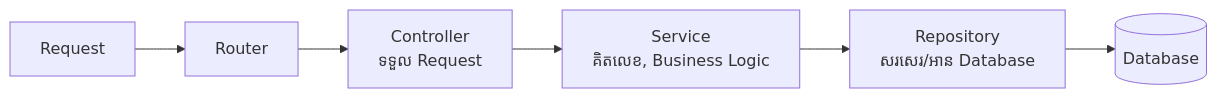
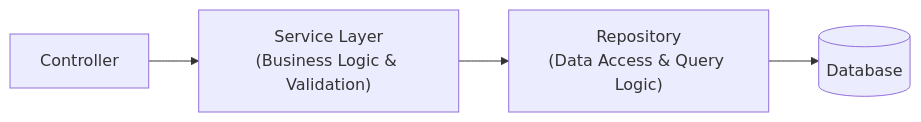
One commit to Ari-ICU/full-stack-short-coures changed the diagram in src/courses/backend/module-4-orm/05-repository-pattern.mdx. Above: the diagram before and after it, drawn with Mermaid. The commit also changed other lines of this file and 47 other files, not shown here.

Commit message:
refactor: rename backend-architecture directory to backend and update path references across all course modules

````diff
--- a/src/courses/backend/module-4-orm/05-repository-pattern.mdx
+++ b/src/courses/backend/module-4-orm/05-repository-pattern.mdx
@@ -13,8 +26,6 @@
 ```mermaid
 graph LR
-    REQ["Request"] --> ROUTE["Router"]
-    ROUTE --> CTRL["Controller <br/>ទទួល Request"]
-    CTRL --> SERV["Service <br/>គិតលេខ, Business Logic"]
-    SERV --> REPO["Repository <br/>សរសេរ/អាន Database"]
+    CTRL["Controller"] --> SRV["Service Layer<br/>(Business Logic & Validation)"]
+    SRV --> REPO["Repository<br/>(Data Access & Query Logic)"]
     REPO --> DB[("Database")]
 ```
````
